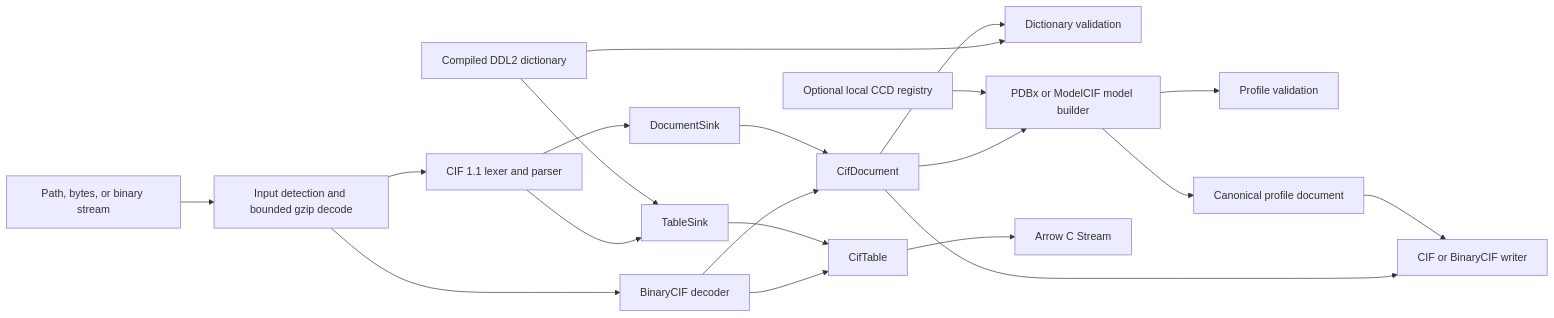
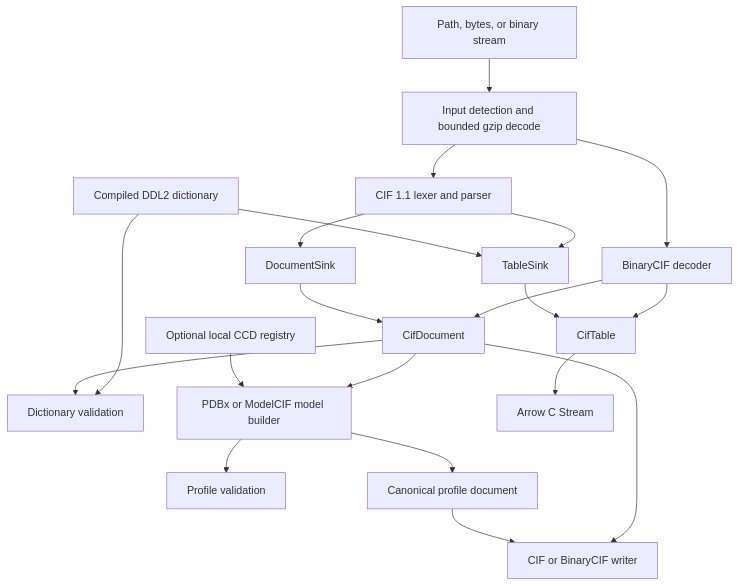
One commit to jamaliki/Nibbler changed the diagram in DESIGN.md. Above: the diagram before and after it, drawn with Mermaid. The commit also changed other lines of this file and 24 other files, not shown here.

Commit message:
docs: map the current architecture and algorithms

````diff
--- a/DESIGN.md
+++ b/DESIGN.md
@@ -26,22 +26,22 @@
 ```mermaid
-flowchart LR
+flowchart TB
     I["Path, bytes, or binary stream"] --> D["Input detection and bounded gzip decode"]
     D --> T["CIF 1.1 lexer and parser"]
     D --> B["BinaryCIF decoder"]
     T --> DS["DocumentSink"]
     T --> TS["TableSink"]
     B --> DOC["CifDocument"]
     B --> TAB["CifTable"]
     DS --> DOC
     TS --> TAB
     SD["Compiled DDL2 dictionary"] --> TS
     SD --> V["Dictionary validation"]
     DOC --> V
     DOC --> M["PDBx or ModelCIF model builder"]
     R["Optional local CCD registry"] --> M
     M --> PV["Profile validation"]
     DOC --> W["CIF or BinaryCIF writer"]
     M --> CW["Canonical profile document"]
     CW --> W
     TAB --> A["Arrow C Stream"]
 ```
````
